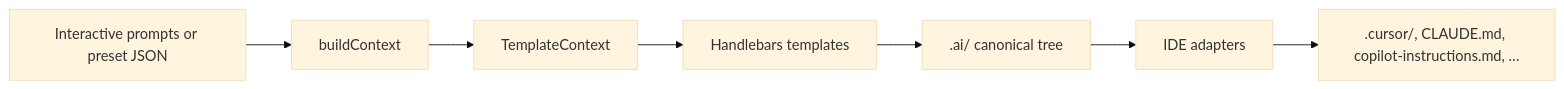
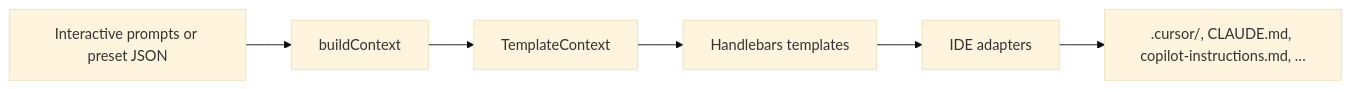
The first of 2 diagrams in website/guide/2-how-it-works.md (JeelVankhede/backend-ai-starter-recipes), drawn with Mermaid (base theme) before and after one commit. The commit also changed other lines of this file and 31 other files, not shown here.

````diff
--- a/website/guide/2-how-it-works.md
+++ b/website/guide/2-how-it-works.md
@@ -7,9 +7,8 @@
 ```mermaid
 flowchart LR
   A[Interactive prompts or preset JSON] --> B[buildContext]
   B --> C[TemplateContext]
   C --> D[Handlebars templates]
-  D --> E[".ai/ canonical tree"]
-  E --> F[IDE adapters]
+  D --> F[IDE adapters]
   F --> G[".cursor/, CLAUDE.md, copilot-instructions.md, …"]
 ```
````
